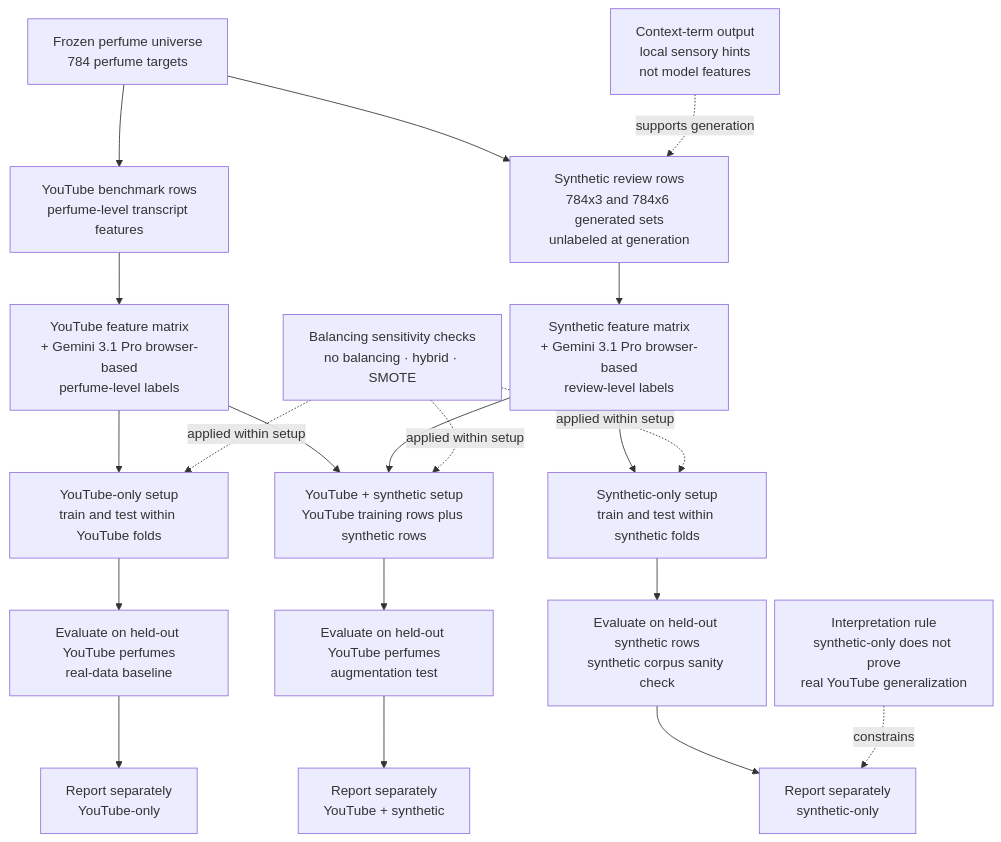
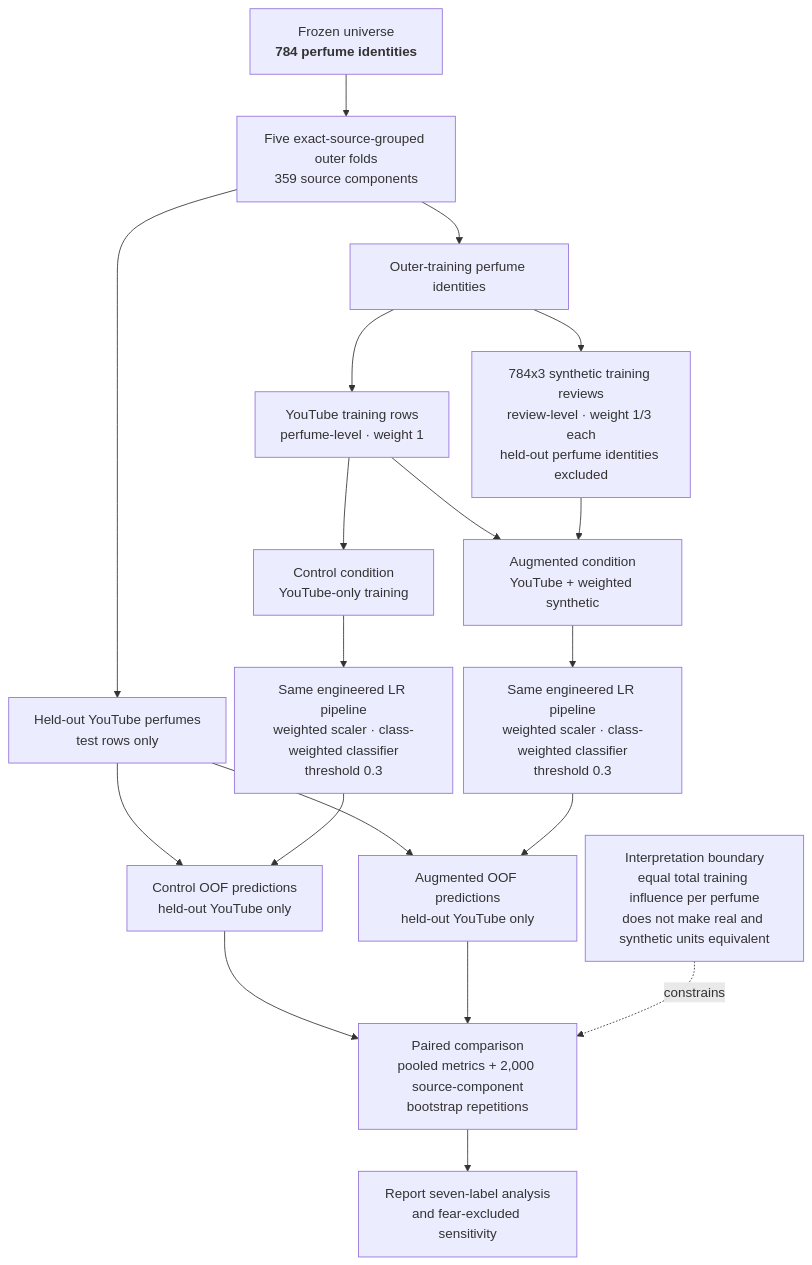
One commit to ececanga/Sentiment-Analysis-for-Perfume-Reviews changed the diagram in docs/thesis/mermaid diagrams/mermaid codes/figure_3_6_synthetic_vs_youtube_experiment_design.mmd. Above: the diagram before and after it, drawn with Mermaid. The commit also changed 36 other files, not shown here.

```diff
--- a/docs/thesis/mermaid diagrams/mermaid codes/figure_3_6_synthetic_vs_youtube_experiment_design.mmd
+++ b/docs/thesis/mermaid diagrams/mermaid codes/figure_3_6_synthetic_vs_youtube_experiment_design.mmd
@@ -1,36 +1,34 @@
 ---
 config:
   layout: dagre
   flowchart:
     nodeSpacing: 10
     rankSpacing: 50
 ---
 flowchart TD
-    A["Frozen perfume universe<br/>784 perfume targets"]
+    A["Frozen universe<br/><b>784 perfume identities</b>"]
+    A --> B["Five exact-source-grouped outer folds<br/>359 source components"]
 
-    A --> B["YouTube benchmark rows<br/>perfume-level transcript features"]
-    A --> C["Synthetic review rows<br/>784x3 and 784x6 generated sets<br/>unlabeled at generation"]
-    X["Context-term output<br/>local sensory hints<br/>not model features"]
+    B --> C["Outer-training perfume identities"]
+    B --> D["Held-out YouTube perfumes<br/>test rows only"]
 
-    B --> B1["YouTube feature matrix<br/>+ Gemini 3.1 Pro browser-based<br/>perfume-level labels"]
-    X -. supports generation .-> C
-    C --> C1["Synthetic feature matrix<br/>+ Gemini 3.1 Pro browser-based<br/>review-level labels"]
+    C --> E["YouTube training rows<br/>perfume-level · weight 1"]
+    C --> F["784x3 synthetic training reviews<br/>review-level · weight 1/3 each<br/>held-out perfume identities excluded"]
 
-    B1 --> D["YouTube-only setup<br/>train and test within YouTube folds"]
-    C1 --> E["Synthetic-only setup<br/>train and test within synthetic folds"]
-    B1 --> F["YouTube + synthetic setup<br/>YouTube training rows plus synthetic rows"]
-    C1 --> F
+    E --> G["Control condition<br/>YouTube-only training"]
+    E --> H["Augmented condition<br/>YouTube + weighted synthetic"]
+    F --> H
 
-    D --> G["Evaluate on held-out YouTube perfumes<br/>real-data baseline"]
-    F --> H["Evaluate on held-out YouTube perfumes<br/>augmentation test"]
-    E --> I["Evaluate on held-out synthetic rows<br/>synthetic corpus sanity check"]
+    G --> I["Same engineered LR pipeline<br/>weighted scaler · class-weighted classifier<br/>threshold 0.3"]
+    H --> J["Same engineered LR pipeline<br/>weighted scaler · class-weighted classifier<br/>threshold 0.3"]
 
-    G --> J["Report separately<br/>YouTube-only"]
-    H --> K["Report separately<br/>YouTube + synthetic"]
-    I --> L["Report separately<br/>synthetic-only"]
+    D --> K["Control OOF predictions<br/>held-out YouTube only"]
+    D --> L["Augmented OOF predictions<br/>held-out YouTube only"]
+    I --> K
+    J --> L
 
-    M["Balancing sensitivity checks<br/>no balancing · hybrid · SMOTE"] -. applied within setup .-> D
-    M -. applied within setup .-> E
-    M -. applied within setup .-> F
+    K --> M["Paired comparison<br/>pooled metrics + 2,000 source-component<br/>bootstrap repetitions"]
+    L --> M
+    M --> N["Report seven-label analysis<br/>and fear-excluded sensitivity"]
 
-    N["Interpretation rule<br/>synthetic-only does not prove<br/>real YouTube generalization"] -. constrains .-> L
+    O["Interpretation boundary<br/>equal total training influence per perfume<br/>does not make real and synthetic units equivalent"] -. constrains .-> M
```
